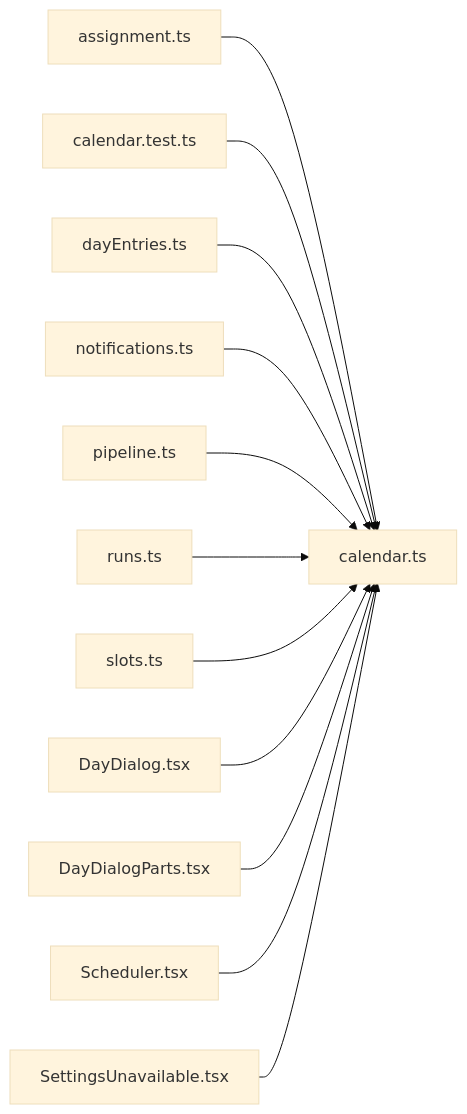
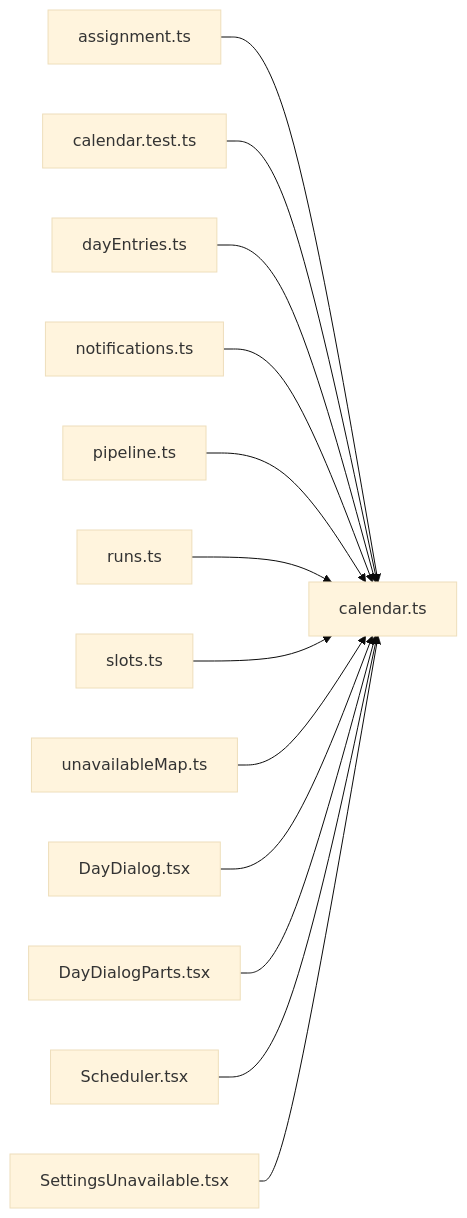
Before and after one commit to minkong-dev/Banblit: the diagram in .cluedoc/graph/frontend/src/lib/calendar.md, drawn with Mermaid (base theme). The commit also changed other lines of this file and 37 other files, not shown here.

````diff
--- a/.cluedoc/graph/frontend/src/lib/calendar.md
+++ b/.cluedoc/graph/frontend/src/lib/calendar.md
@@ -10,15 +10,16 @@
 ```mermaid
 flowchart LR
   frontend_src_lib_calendar["calendar.ts"]
   frontend_src_lib_assignment["assignment.ts"] --> frontend_src_lib_calendar
   frontend_src_lib_calendar_test["calendar.test.ts"] --> frontend_src_lib_calendar
   frontend_src_lib_dayEntries["dayEntries.ts"] --> frontend_src_lib_calendar
   frontend_src_lib_notifications["notifications.ts"] --> frontend_src_lib_calendar
   frontend_src_lib_pipeline["pipeline.ts"] --> frontend_src_lib_calendar
   frontend_src_lib_runs["runs.ts"] --> frontend_src_lib_calendar
   frontend_src_lib_slots["slots.ts"] --> frontend_src_lib_calendar
+  frontend_src_lib_unavailableMap["unavailableMap.ts"] --> frontend_src_lib_calendar
   frontend_src_routes_DayDialog["DayDialog.tsx"] --> frontend_src_lib_calendar
   frontend_src_routes_DayDialogParts["DayDialogParts.tsx"] --> frontend_src_lib_calendar
   frontend_src_routes_Scheduler["Scheduler.tsx"] --> frontend_src_lib_calendar
   frontend_src_routes_SettingsUnavailable["SettingsUnavailable.tsx"] --> frontend_src_lib_calendar
 ```
````
